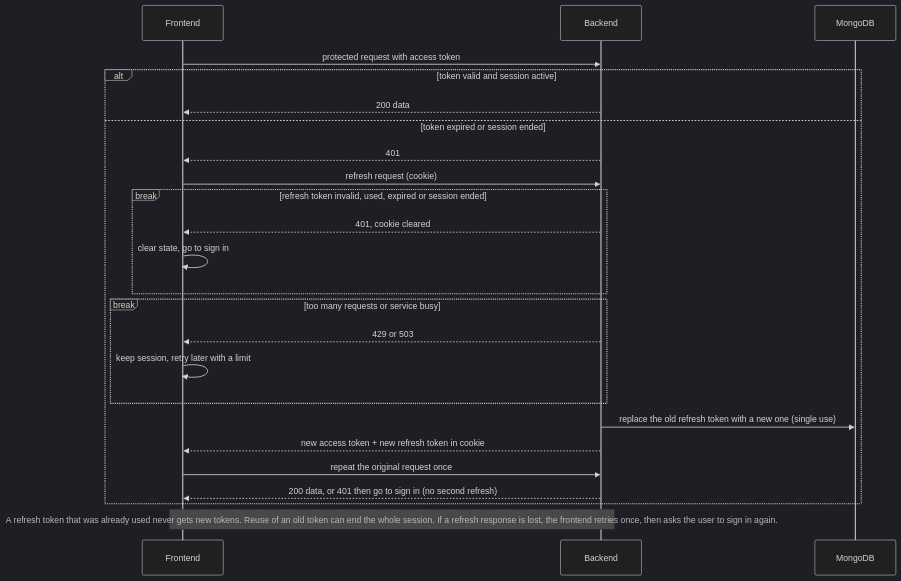
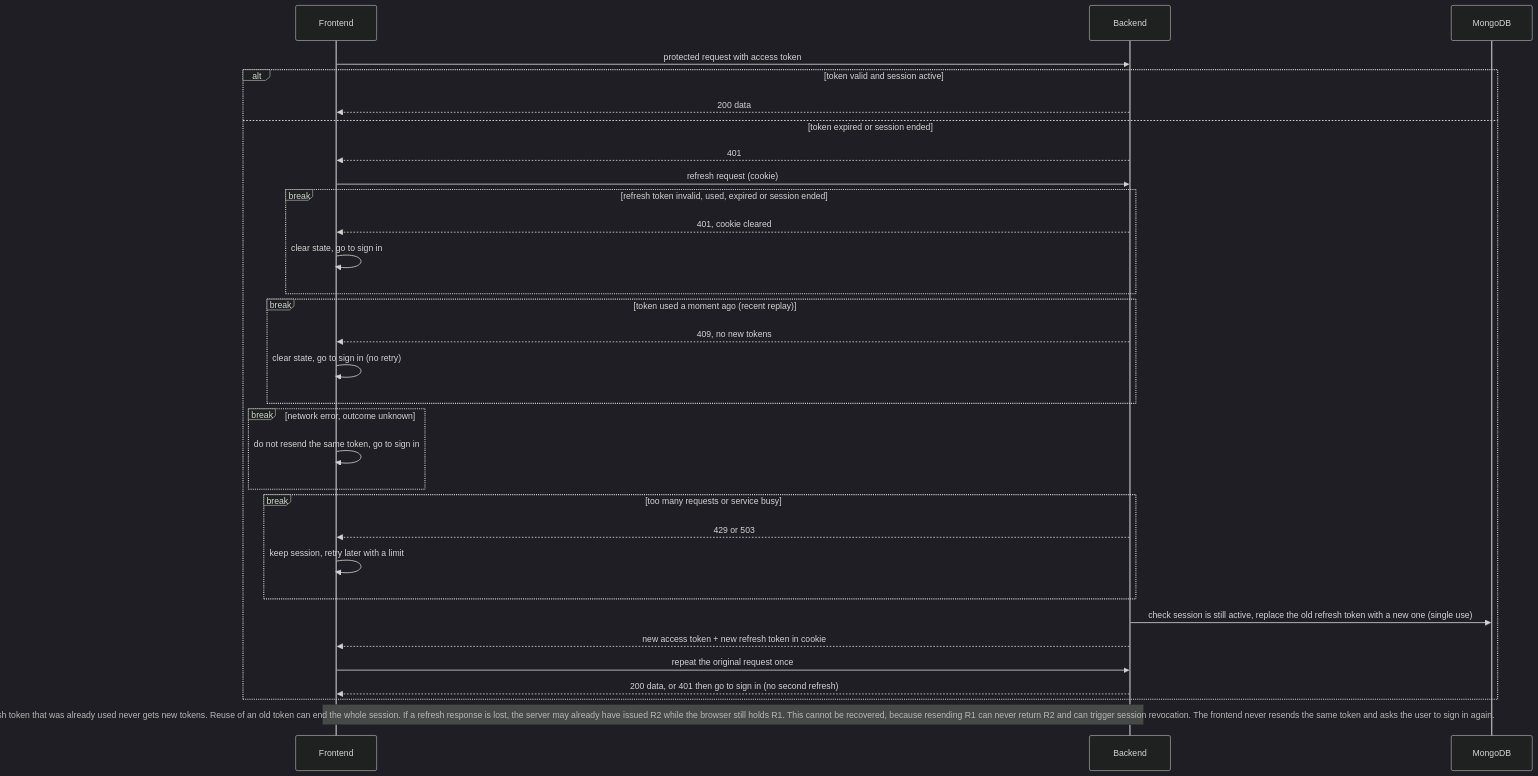
The third of 4 diagrams in docs/architecture/auth-flow.md (Rowan-habashy/easyGenerator-auth), drawn with Mermaid (dark theme) before and after one commit. The commit also changed other lines of this file and 2 other files, not shown here.

Commit message:
Adjust auth flow

````diff
--- a/docs/architecture/auth-flow.md
+++ b/docs/architecture/auth-flow.md
@@ -75,27 +78,34 @@
 ```mermaid
 sequenceDiagram
     participant F as Frontend
     participant B as Backend
     participant D as MongoDB
 
     F->>B: protected request with access token
     alt token valid and session active
         B-->>F: 200 data
     else token expired or session ended
         B-->>F: 401
         F->>B: refresh request (cookie)
         break refresh token invalid, used, expired or session ended
             B-->>F: 401, cookie cleared
             F->>F: clear state, go to sign in
         end
+        break token used a moment ago (recent replay)
+            B-->>F: 409, no new tokens
+            F->>F: clear state, go to sign in (no retry)
+        end
+        break network error, outcome unknown
+            F->>F: do not resend the same token, go to sign in
+        end
         break too many requests or service busy
             B-->>F: 429 or 503
             F->>F: keep session, retry later with a limit
         end
-        B->>D: replace the old refresh token with a new one (single use)
+        B->>D: check session is still active, replace the old refresh token with a new one (single use)
         B-->>F: new access token + new refresh token in cookie
         F->>B: repeat the original request once
         B-->>F: 200 data, or 401 then go to sign in (no second refresh)
     end
-    Note over F,B: A refresh token that was already used never gets new tokens. Reuse of an old token can end the whole session. If a refresh response is lost, the frontend retries once, then asks the user to sign in again.
+    Note over F,B: A refresh token that was already used never gets new tokens. Reuse of an old token can end the whole session. If a refresh response is lost, the server may already have issued R2 while the browser still holds R1. This cannot be recovered, because resending R1 can never return R2 and can trigger session revocation. The frontend never resends the same token and asks the user to sign in again.
 ```
````
